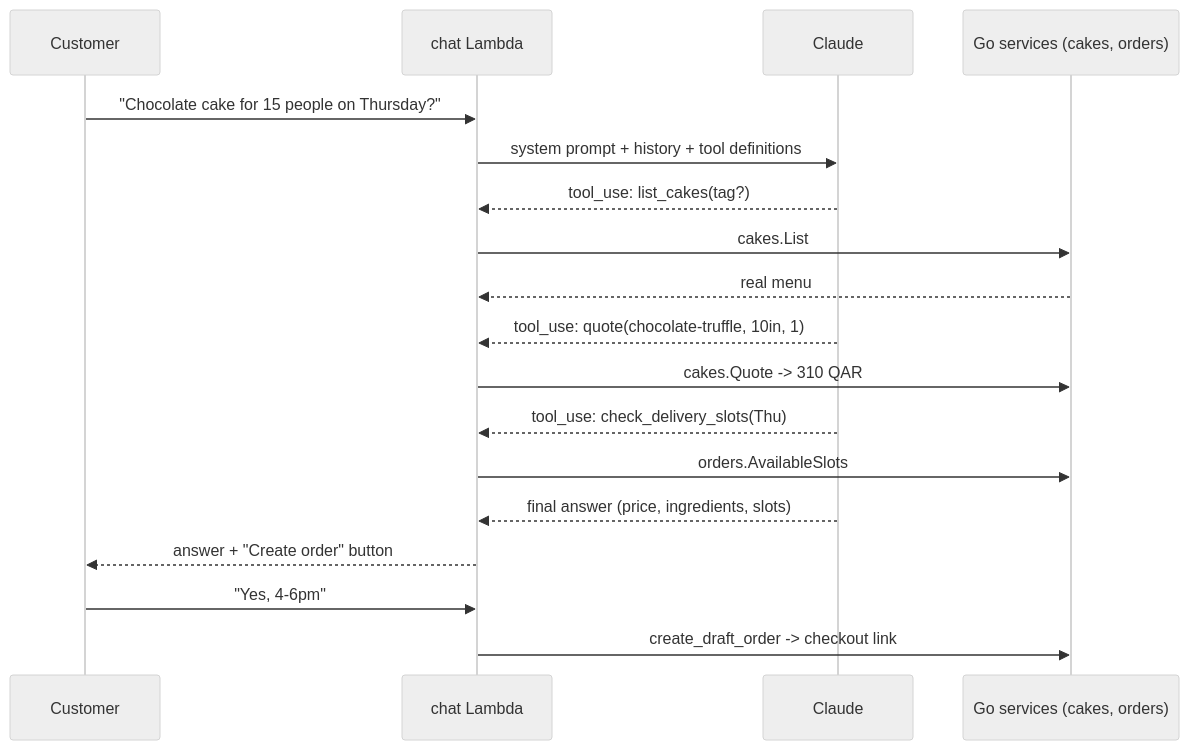
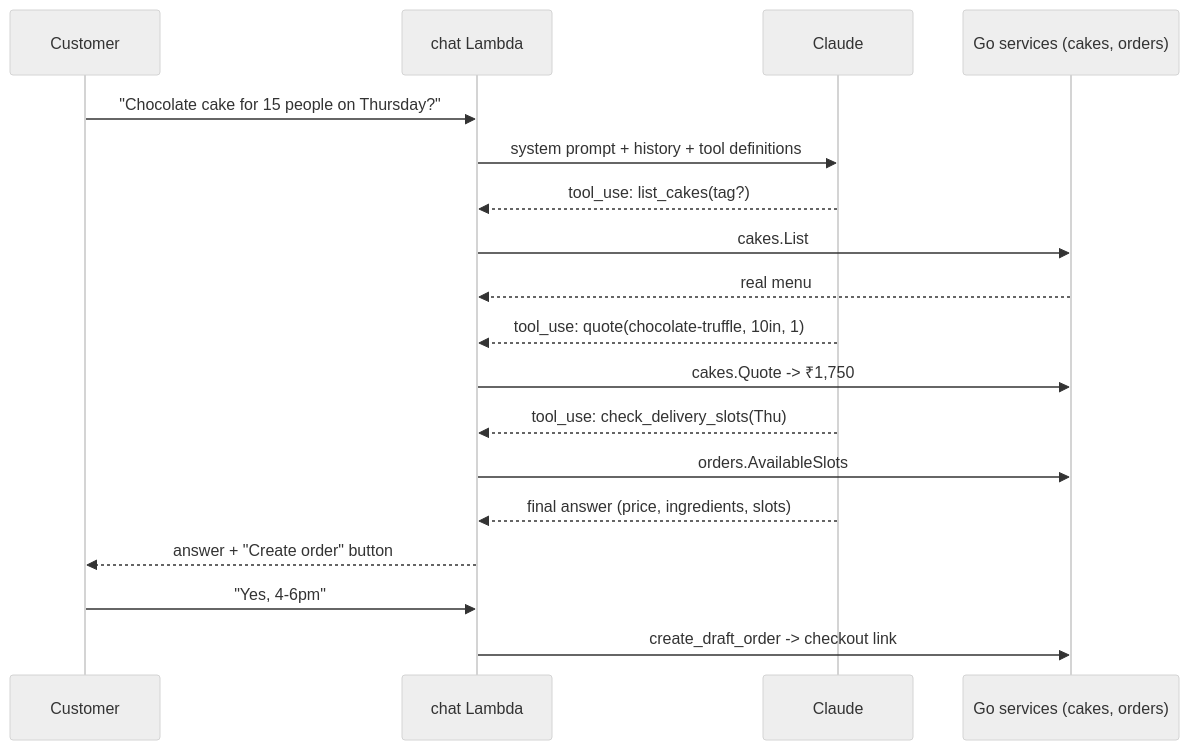
One commit to RisheDubs/cake-shop changed the fifth of 5 diagrams in docs/architecture/README.md. Above: the diagram before and after it, drawn with Mermaid (neutral theme). The commit also changed other lines of this file and 20 other files, not shown here.

````diff
--- a/docs/architecture/README.md
+++ b/docs/architecture/README.md
@@ -146,20 +147,20 @@
 ```mermaid
 sequenceDiagram
   participant U as Customer
   participant CH as chat Lambda
   participant LLM as Claude
   participant S as Go services (cakes, orders)
   U->>CH: "Chocolate cake for 15 people on Thursday?"
   CH->>LLM: system prompt + history + tool definitions
   LLM-->>CH: tool_use: list_cakes(tag?)  
   CH->>S: cakes.List
   S-->>CH: real menu
   LLM-->>CH: tool_use: quote(chocolate-truffle, 10in, 1)
-  CH->>S: cakes.Quote -> 310 QAR
+  CH->>S: cakes.Quote -> ₹1,750
   LLM-->>CH: tool_use: check_delivery_slots(Thu)
   CH->>S: orders.AvailableSlots
   LLM-->>CH: final answer (price, ingredients, slots)
   CH-->>U: answer + "Create order" button
   U->>CH: "Yes, 4-6pm"
   CH->>S: create_draft_order -> checkout link
 ```
````
